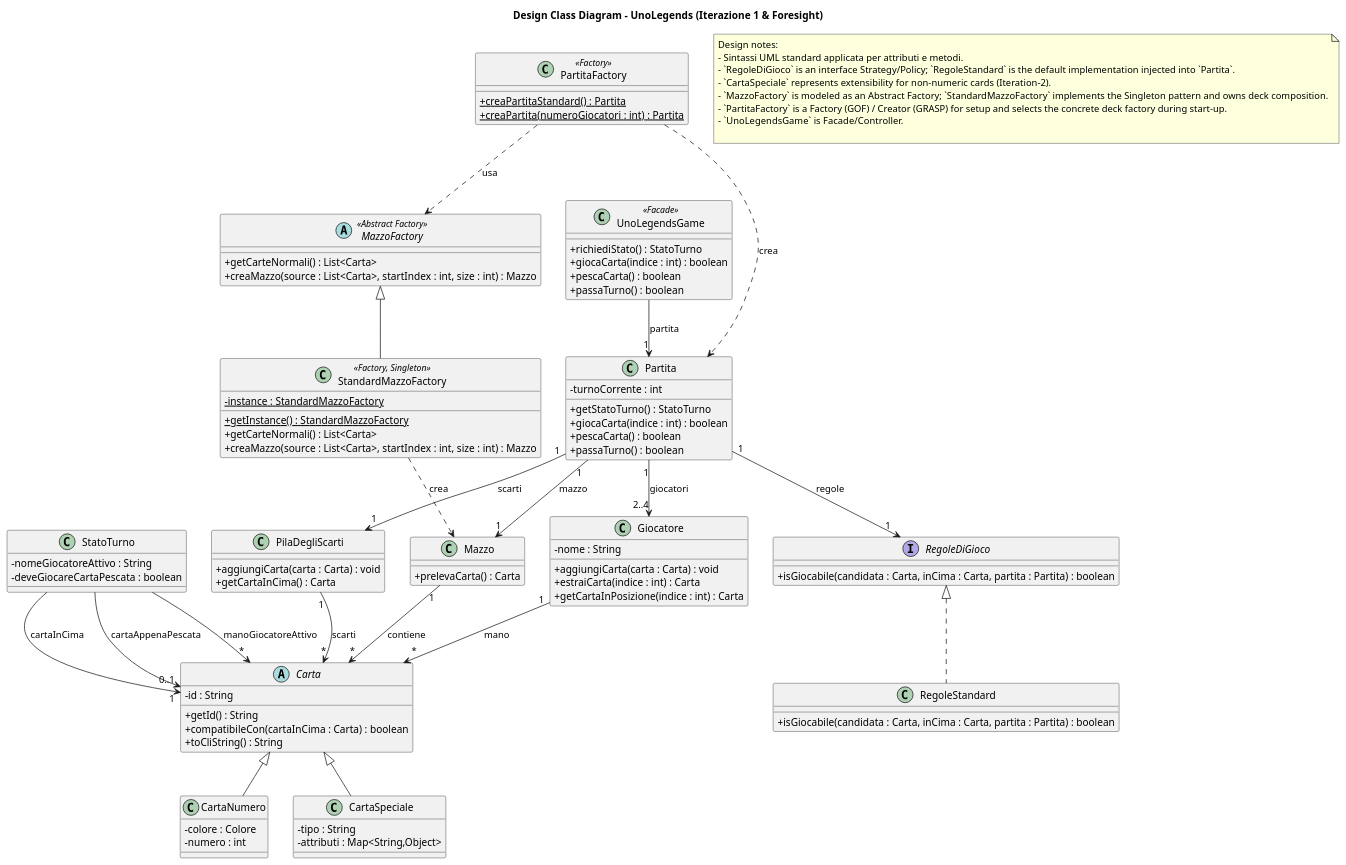
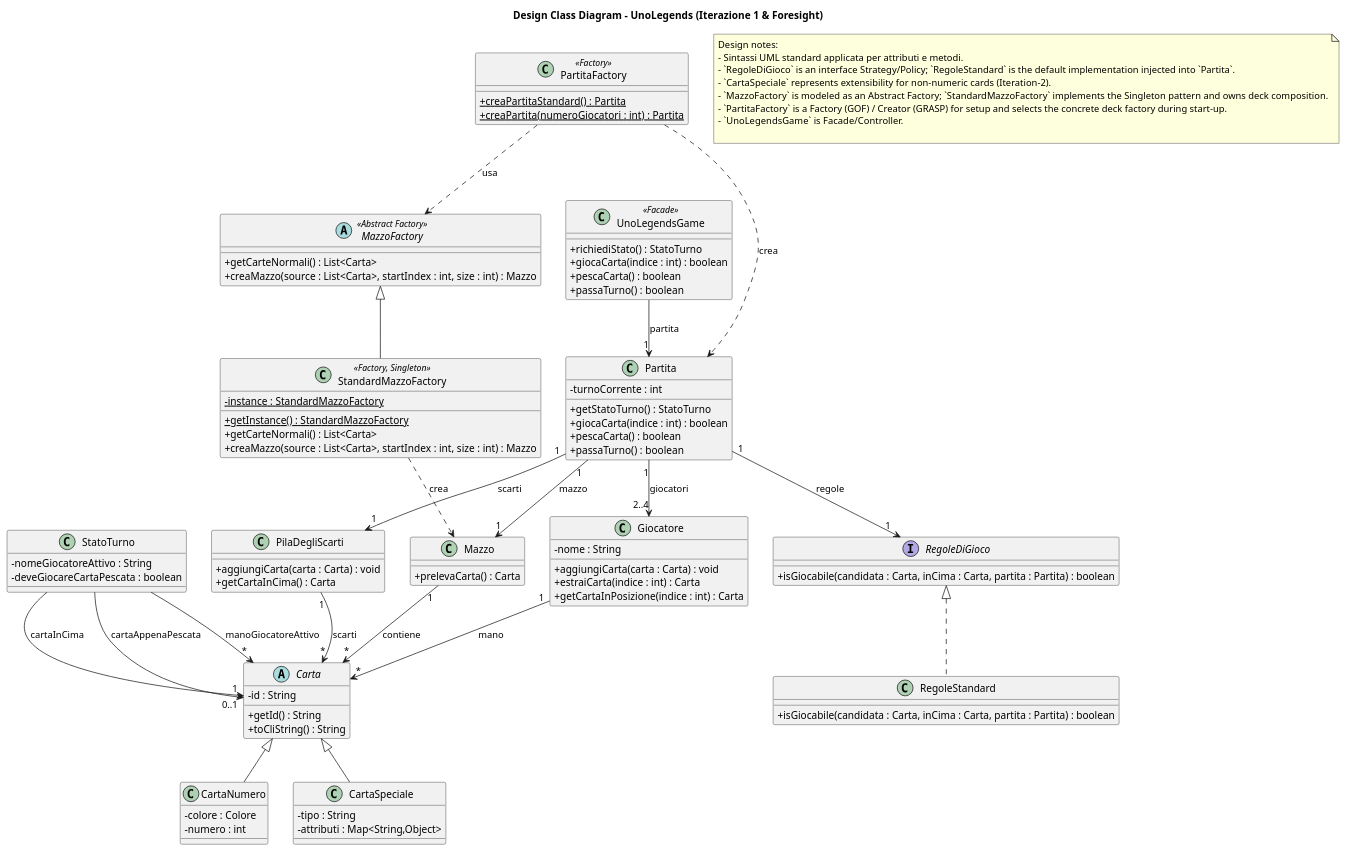
Before and after one commit to Frozzo/SoftwareEngineering: the diagram in Codice/docs/domain_class_diagram.puml, drawn with PlantUML. The commit also changed 33 other files, not shown here.

```diff
--- a/Codice/docs/domain_class_diagram.puml
+++ b/Codice/docs/domain_class_diagram.puml
@@ -1,115 +1,114 @@
 @startuml
 title Design Class Diagram - UnoLegends (Iterazione 1 & Foresight)
 skinparam classAttributeIconSize 0
 
 ' Interfaces and abstract
 abstract class Carta {
   -id : String
   +getId() : String
-  +compatibileCon(cartaInCima : Carta) : boolean
   +toCliString() : String
 }
 
 interface RegoleDiGioco {
   +isGiocabile(candidata : Carta, inCima : Carta, partita : Partita) : boolean
 }
 
 class RegoleStandard {
   +isGiocabile(candidata : Carta, inCima : Carta, partita : Partita) : boolean
 }
 
 class CartaNumero {
   -colore : Colore
   -numero : int
 }
 
 class CartaSpeciale {
   -tipo : String
   -attributi : Map<String,Object>
 }
 
 ' Domain actors / aggregates
 class Giocatore {
   -nome : String
   +aggiungiCarta(carta : Carta) : void
   +estraiCarta(indice : int) : Carta
   +getCartaInPosizione(indice : int) : Carta
 }
 
 class Mazzo {
   +prelevaCarta() : Carta
 }
 
 class PilaDegliScarti {
   +aggiungiCarta(carta : Carta) : void
   +getCartaInCima() : Carta
 }
 
 class Partita {
   -turnoCorrente : int
   +getStatoTurno() : StatoTurno
   +giocaCarta(indice : int) : boolean
   +pescaCarta() : boolean
   +passaTurno() : boolean
 }
 
 class PartitaFactory <<Factory>> {
   +{static} creaPartitaStandard() : Partita
   +{static} creaPartita(numeroGiocatori : int) : Partita
 }
 
 abstract class MazzoFactory <<Abstract Factory>> {
   +getCarteNormali() : List<Carta>
   +creaMazzo(source : List<Carta>, startIndex : int, size : int) : Mazzo
 }
 
 class StandardMazzoFactory <<Factory, Singleton>> {
   -{static} instance : StandardMazzoFactory
   +{static} getInstance() : StandardMazzoFactory
   +getCarteNormali() : List<Carta>
   +creaMazzo(source : List<Carta>, startIndex : int, size : int) : Mazzo
 }
 
 class UnoLegendsGame <<Facade>> {
   +richiediStato() : StatoTurno
   +giocaCarta(indice : int) : boolean
   +pescaCarta() : boolean
   +passaTurno() : boolean
 }
 
 class StatoTurno {
   -nomeGiocatoreAttivo : String
   -deveGiocareCartaPescata : boolean
 }
 
 ' relationships (Inheritance and Realization)
 Carta <|-- CartaNumero
 Carta <|-- CartaSpeciale
 RegoleDiGioco <|.. RegoleStandard
 MazzoFactory <|-- StandardMazzoFactory
 
 ' Navigability (Attribute visualization)
 Giocatore "1" --> "*" Carta : mano
 Mazzo "1" --> "*" Carta : contiene
 PilaDegliScarti "1" --> "*" Carta : scarti
 
 Partita "1" --> "2..4" Giocatore : giocatori
 Partita "1" --> "1" Mazzo : mazzo
 Partita "1" --> "1" PilaDegliScarti : scarti
 Partita "1" --> "1" RegoleDiGioco : regole
 
 UnoLegendsGame --> "1" Partita : partita
 
 ' StatoTurno Visual Attributes
 StatoTurno --> "*" Carta : manoGiocatoreAttivo
 StatoTurno --> "1" Carta : cartaInCima
 StatoTurno --> "0..1" Carta : cartaAppenaPescata
 
 ' Creation and Dependency relationships
 PartitaFactory ..> Partita : crea
 PartitaFactory ..> MazzoFactory : usa
 StandardMazzoFactory ..> Mazzo : crea
 
 note "Design notes:\n- Sintassi UML standard applicata per attributi e metodi.\n- `RegoleDiGioco` is an interface Strategy/Policy; `RegoleStandard` is the default implementation injected into `Partita`.\n- `CartaSpeciale` represents extensibility for non-numeric cards (Iteration-2).\n- `MazzoFactory` is modeled as an Abstract Factory; `StandardMazzoFactory` implements the Singleton pattern and owns deck composition.\n- `PartitaFactory` is a Factory (GOF) / Creator (GRASP) for setup and selects the concrete deck factory during start-up.\n- `UnoLegendsGame` is Facade/Controller.\n" as N2
 
 @enduml
```
